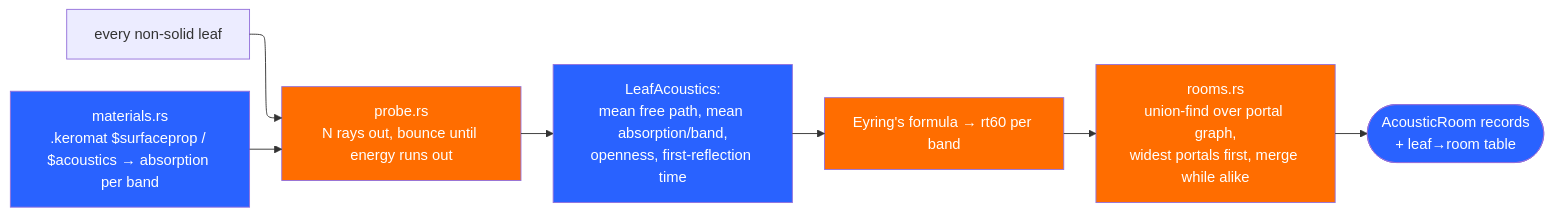
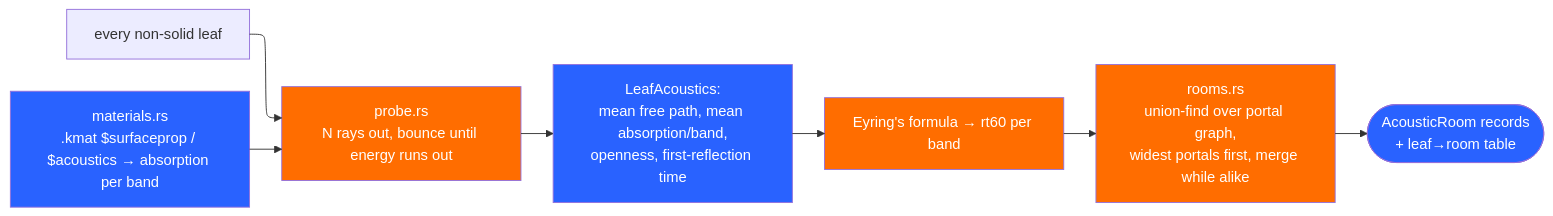
One commit to T342guy/Kerosene changed the third of 4 diagrams in src/devnotes/map-pipeline.md. Above: the diagram before and after it, drawn with Mermaid. The commit also changed other lines of this file and 224 other files, not shown here.

````diff
--- a/src/devnotes/map-pipeline.md
+++ b/src/devnotes/map-pipeline.md
@@ -180,18 +180,18 @@
 ```mermaid
 ---
 config:
   layout: elk
 ---
 flowchart LR
     leaves["every non-solid leaf"] --> probe["probe.rs<br/>N rays out, bounce until energy runs out"]
     probe --> perleaf["LeafAcoustics:<br/>mean free path, mean absorption/band,<br/>openness, first-reflection time"]
     perleaf --> eyring["Eyring's formula → rt60 per band"]
     eyring --> rooms["rooms.rs<br/>union-find over portal graph,<br/>widest portals first, merge while alike"]
     rooms --> rec(["AcousticRoom records<br/>+ leaf→room table"])
-    mats["materials.rs<br/>.keromat $surfaceprop / $acoustics → absorption per band"] --> probe
+    mats["materials.rs<br/>.kmat $surfaceprop / $acoustics → absorption per band"] --> probe
 
     classDef proc fill:#FF6D00,color:#fff
     classDef data fill:#2962FF,color:#fff
     class probe,rooms,eyring proc
     class perleaf,mats,rec data
 ```
````
